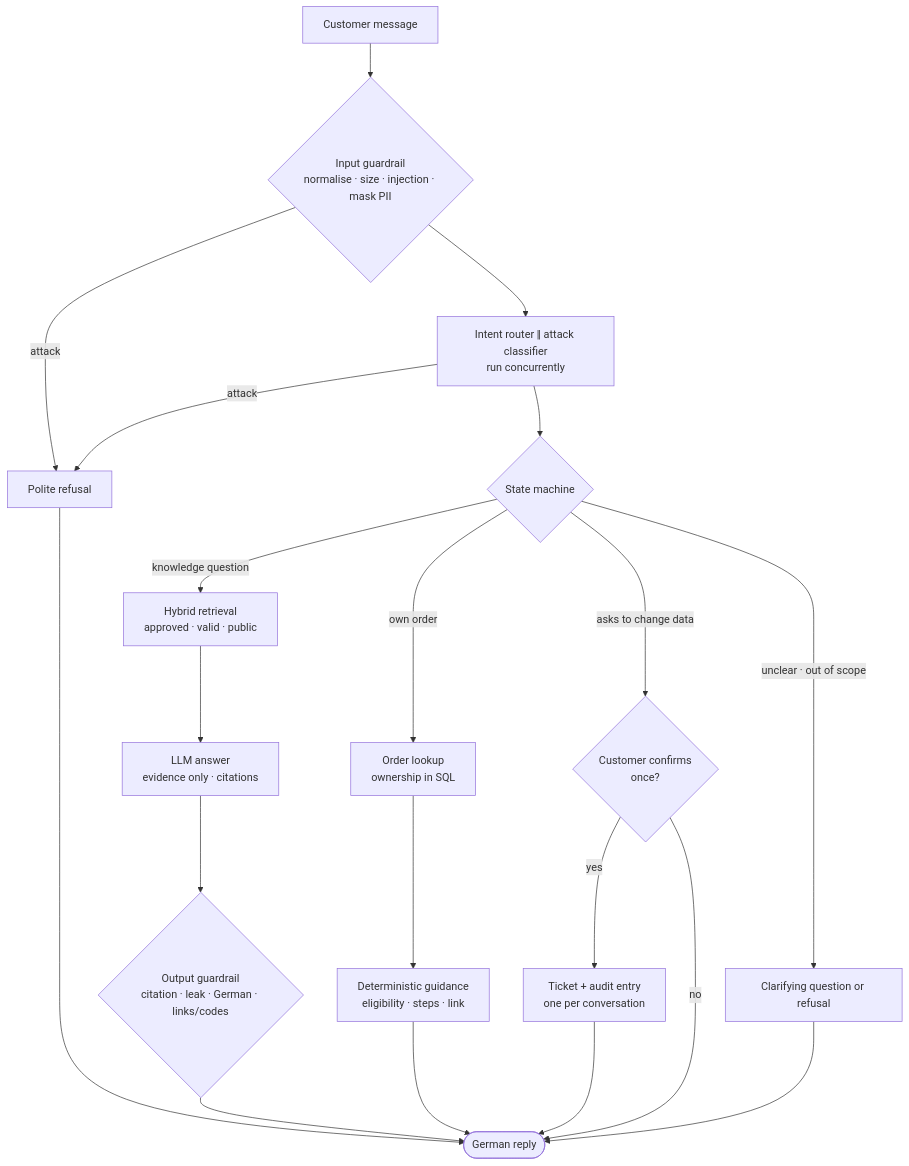
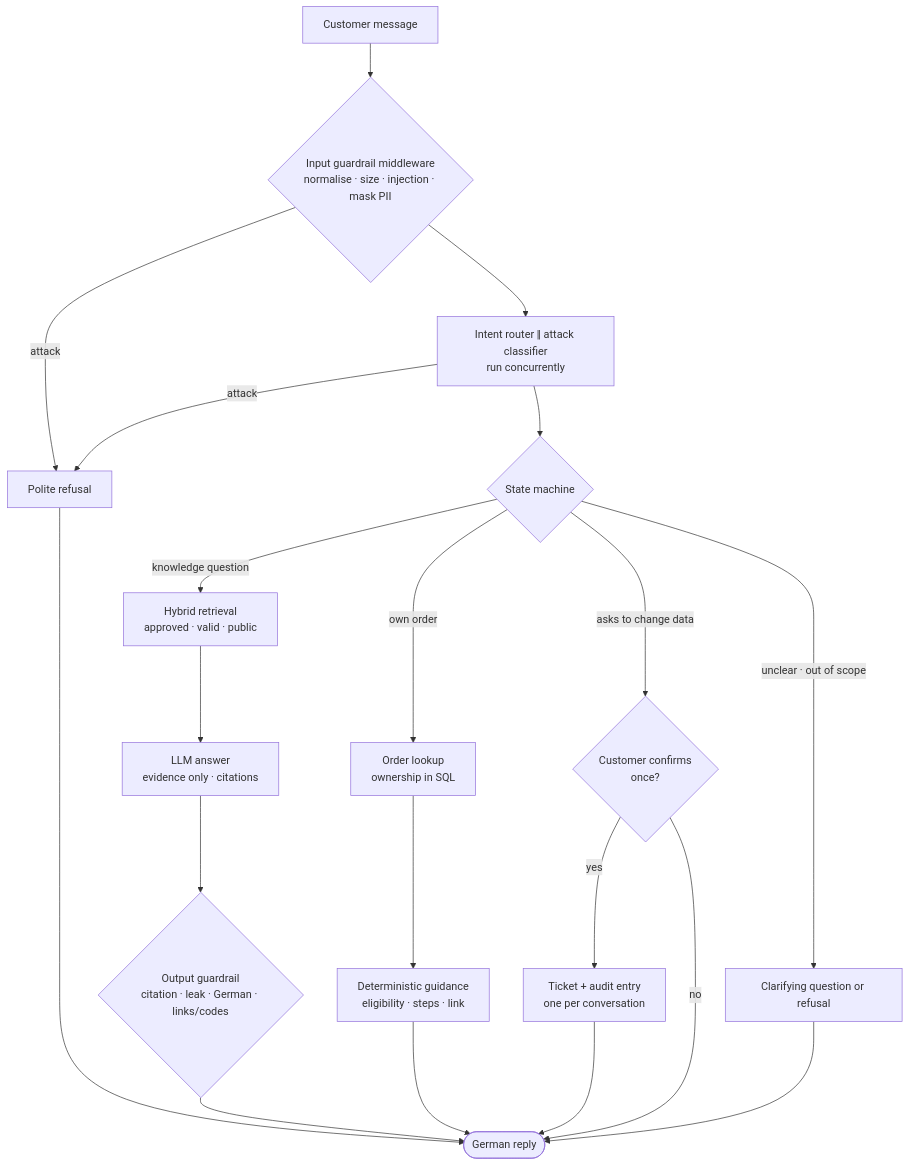
One commit to haoran-yang-henry/customer-chatbot changed the second of 4 diagrams in README.md. Above: the diagram before and after it, drawn with Mermaid. The commit also changed other lines of this file, not shown here.

First line of the commit message:
docs(readme): the rebuilt agent: agents, turn graph, checkpoints, Langfuse, feedback

````diff
--- a/README.md
+++ b/README.md
@@ -58,22 +60,22 @@
 ```mermaid
 flowchart TD
-    msg[Customer message] --> input{Input guardrail<br/>normalise · size · injection · mask PII}
+    msg[Customer message] --> input{Input guardrail middleware<br/>normalise · size · injection · mask PII}
     input -- attack --> refuse[Polite refusal]
     input --> classify[Intent router ‖ attack classifier<br/>run concurrently]
     classify -- attack --> refuse
     classify --> decide{State machine}
     decide -- knowledge question --> retrieve[Hybrid retrieval<br/>approved · valid · public]
     retrieve --> answer[LLM answer<br/>evidence only · citations]
     answer --> output{Output guardrail<br/>citation · leak · German · links/codes}
     output --> reply([German reply])
     decide -- own order --> lookup[Order lookup<br/>ownership in SQL]
     lookup --> guidance[Deterministic guidance<br/>eligibility · steps · link]
     guidance --> reply
     decide -- asks to change data --> confirm{Customer confirms<br/>once?}
     confirm -- yes --> ticket[Ticket + audit entry<br/>one per conversation]
     confirm -- no --> reply
     ticket --> reply
     decide -- unclear · out of scope --> clarify[Clarifying question or refusal]
     clarify --> reply
     refuse --> reply
 ```
````
